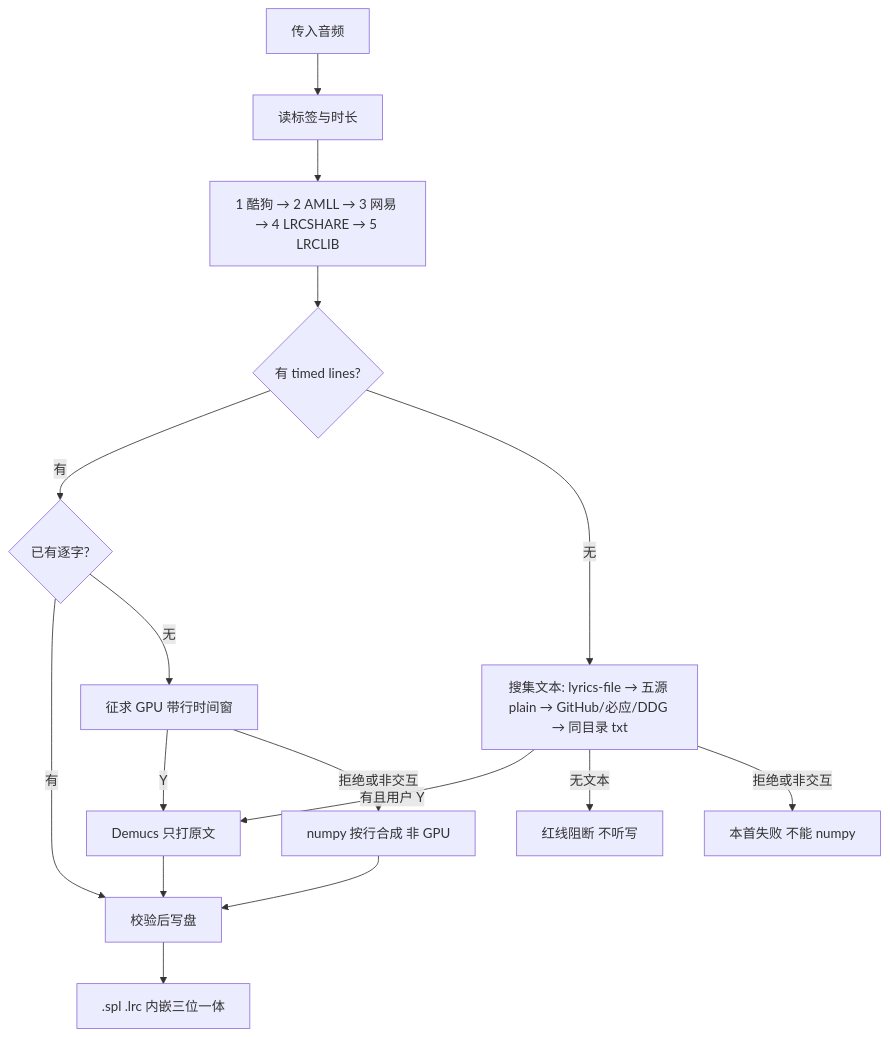
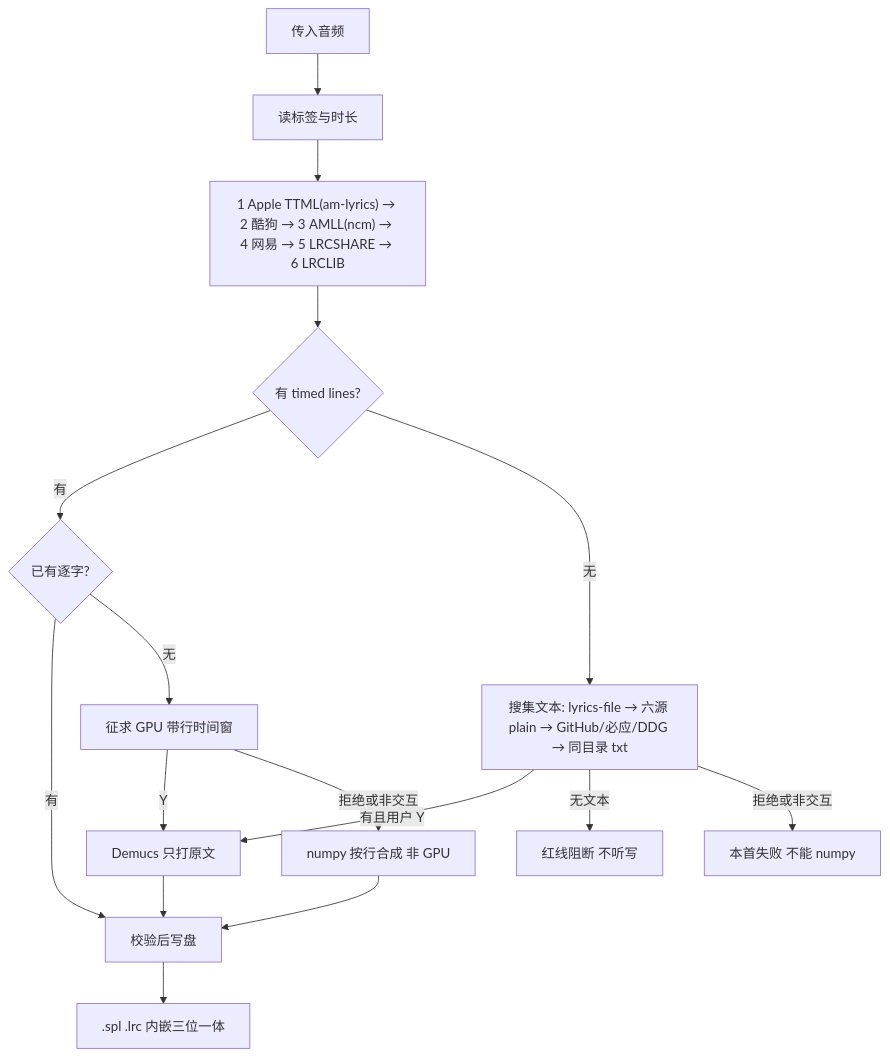
The diagram in SKILL.md (sxsxhhi/music-tag-lyrics), drawn with Mermaid before and after one commit. The commit also changed other lines of this file and 17 other files, not shown here.

Commit message:
feat(v1.3.0): Apple TTML 升为第 1 档、多镜像 origin 攒票与单调等级调度

````diff
--- a/SKILL.md
+++ b/SKILL.md
@@ -16,18 +16,18 @@
 ```mermaid
 flowchart TD
   Start[传入音频] --> Read[读标签与时长]
-  Read --> Ladder["1 酷狗 → 2 AMLL → 3 网易 → 4 LRCSHARE → 5 LRCLIB"]
+  Read --> Ladder["1 Apple TTML(am-lyrics) → 2 酷狗 → 3 AMLL(ncm) → 4 网易 → 5 LRCSHARE → 6 LRCLIB"]
   Ladder --> HasLines{有 timed lines?}
   HasLines -->|有| Words{已有逐字?}
   Words -->|有| Valid[校验后写盘]
   Words -->|无| AskLine[征求 GPU 带行时间窗]
   AskLine -->|Y| GPU[Demucs 只打原文]
   AskLine -->|拒绝或非交互| Synth[numpy 按行合成 非 GPU]
-  HasLines -->|无| Text["搜集文本: lyrics-file → 五源 plain → GitHub/必应/DDG → 同目录 txt"]
+  HasLines -->|无| Text["搜集文本: lyrics-file → 六源 plain → GitHub/必应/DDG → 同目录 txt"]
   Text -->|有且用户 Y| GPU
   Text -->|无文本| Block[红线阻断 不听写]
   Text -->|拒绝或非交互| Fail[本首失败 不能 numpy]
   GPU --> Valid
   Synth --> Valid
   Valid --> Out[".spl .lrc 内嵌三位一体"]
 ```
````
